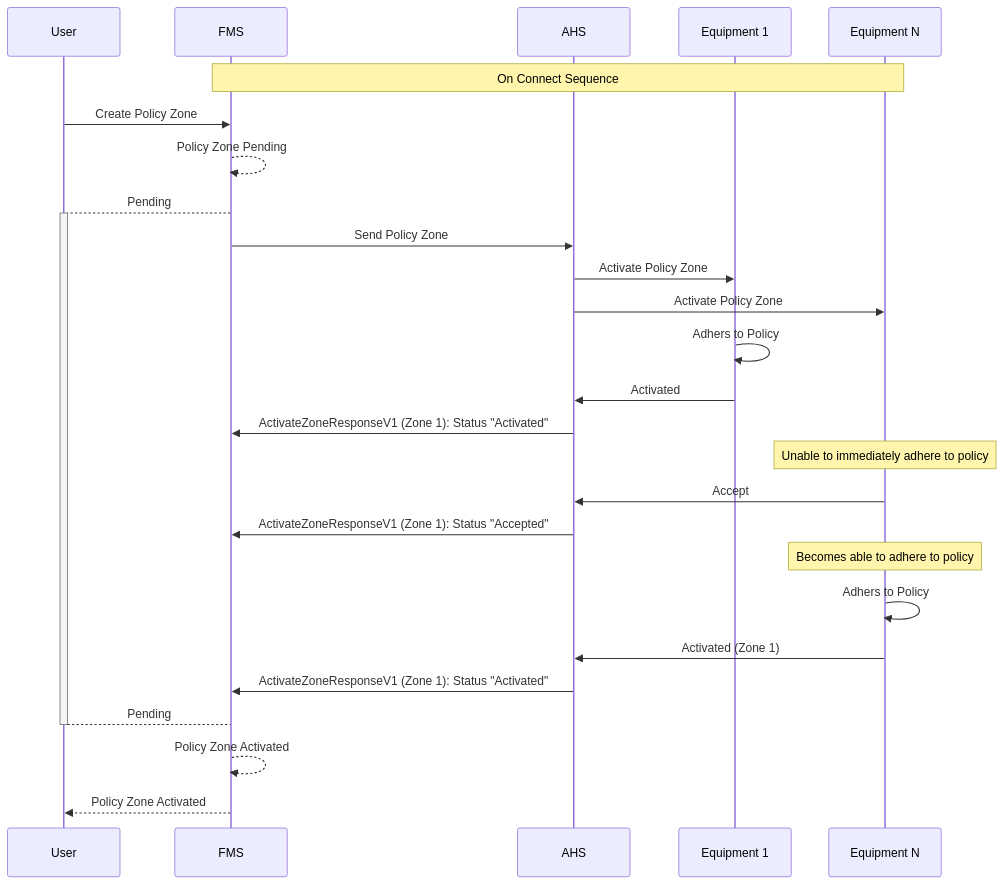
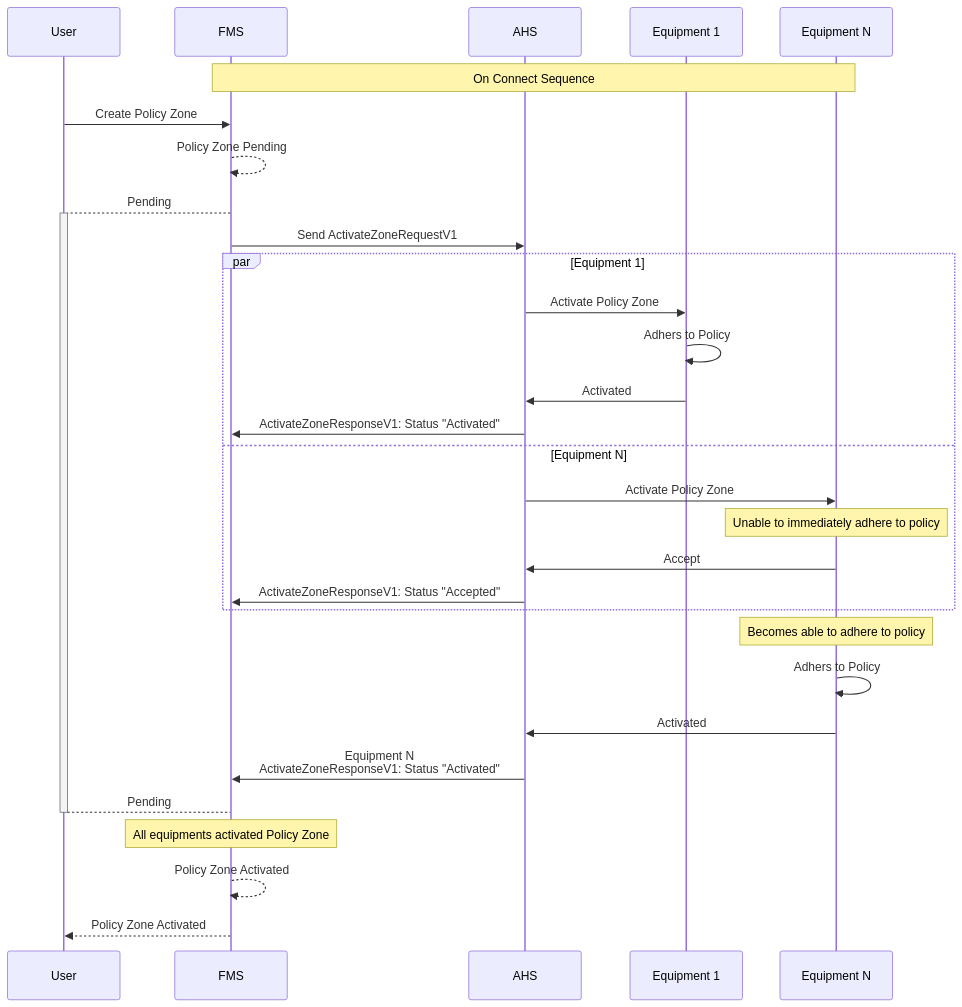
The second of 6 diagrams in diagram/SequenceDiagrams.md (open-autonomy/zone), drawn with Mermaid before and after one commit. The commit also changed other lines of this file, not shown here.

Commit message:
added more sequence diagrams

````diff
--- a/diagram/SequenceDiagrams.md
+++ b/diagram/SequenceDiagrams.md
@@ -68,32 +56,34 @@
 ```mermaid
 sequenceDiagram
     participant User
     participant FMS
     participant AHS
     participant Equipment 1
     participant Equipment N
 
     Note over FMS,Equipment N: On Connect Sequence
     User->>FMS: Create Policy Zone
     FMS-->>FMS: Policy Zone Pending
     FMS-->+User: Pending
-    FMS->>AHS: Send Policy Zone
-    AHS->>Equipment 1: Activate Policy Zone
-    AHS->>Equipment N: Activate Policy Zone
-    Equipment 1->>Equipment 1: Adhers to Policy
-    Equipment 1->>AHS: Activated
-    AHS->>FMS: ActivateZoneResponseV1 (Zone 1): Status "Activated"
-
-    Note Over Equipment N: Unable to immediately adhere to policy
-    Equipment N->>AHS: Accept
-    AHS->>FMS: ActivateZoneResponseV1 (Zone 1): Status "Accepted"
-
+    FMS->>AHS: Send ActivateZoneRequestV1
+    par Equipment 1
+        AHS->>Equipment 1: Activate Policy Zone
+        Equipment 1->>Equipment 1: Adhers to Policy
+        Equipment 1->>AHS: Activated
+        AHS->>FMS: ActivateZoneResponseV1: Status "Activated"
+    and Equipment N
+        AHS->>Equipment N: Activate Policy Zone
+        Note Over Equipment N: Unable to immediately adhere to policy
+        Equipment N->>AHS: Accept
+        AHS->>FMS: ActivateZoneResponseV1: Status "Accepted"
+    end 
     Note Over Equipment N: Becomes able to adhere to policy
     Equipment N->>Equipment N: Adhers to Policy
-    Equipment N->>AHS: Activated (Zone 1)
+    Equipment N->>AHS: Activated
     
-    AHS->>FMS: ActivateZoneResponseV1 (Zone 1): Status "Activated"
+    AHS->>FMS: Equipment N <br/> ActivateZoneResponseV1: Status "Activated"
     User-->-FMS: Pending
+    Note Over FMS: All equipments activated Policy Zone
     FMS-->>FMS: Policy Zone Activated
     FMS-->>User: Policy Zone Activated
 ```
````
